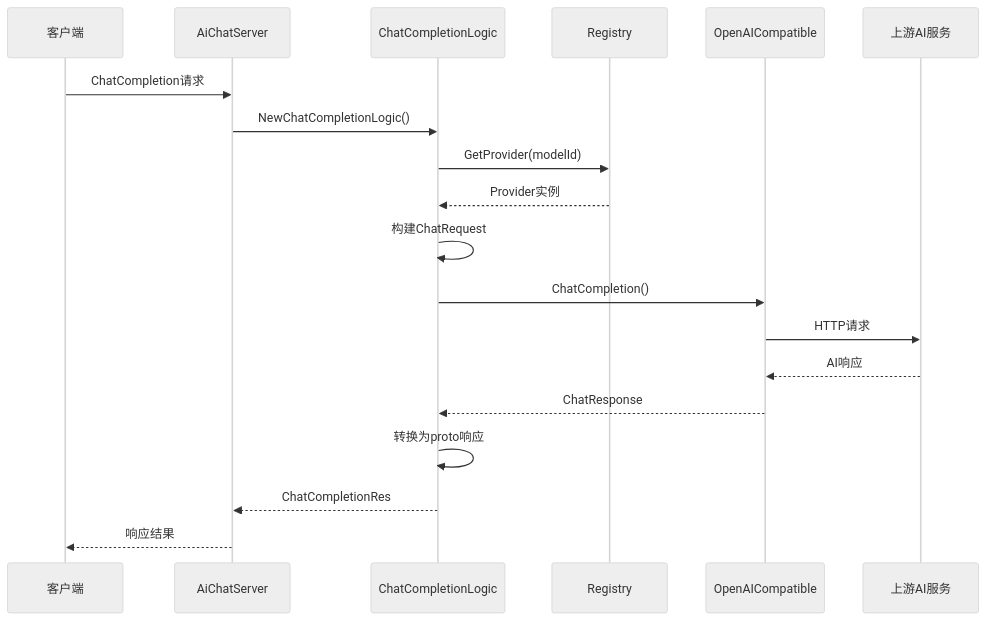
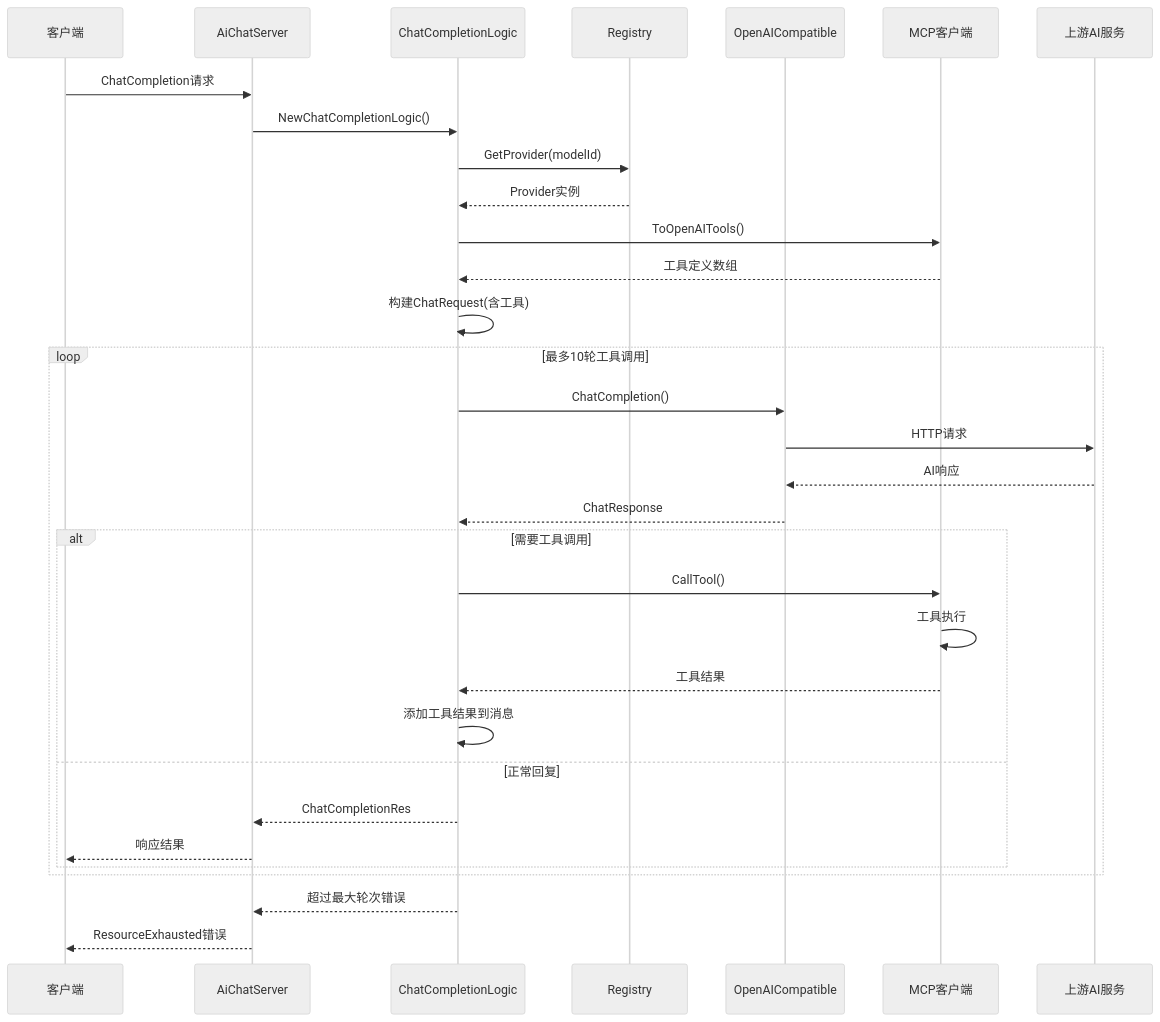
Before and after one commit to maomao94/zero-service: the fourth of 8 diagrams in .qoder/repowiki/zh/content/核心服务详解/AI聊天服务.md, drawn with Mermaid (neutral theme). The commit also changed other lines of this file and 8 other files, not shown here.

````diff
--- a/.qoder/repowiki/zh/content/核心服务详解/AI聊天服务.md
+++ b/.qoder/repowiki/zh/content/核心服务详解/AI聊天服务.md
@@ -248,21 +307,34 @@
 ```mermaid
 sequenceDiagram
 participant Client as 客户端
 participant Server as AiChatServer
 participant Logic as ChatCompletionLogic
 participant Registry as Registry
 participant Provider as OpenAICompatible
+participant McpClient as MCP客户端
 participant Upstream as 上游AI服务
 Client->>Server : ChatCompletion请求
 Server->>Logic : NewChatCompletionLogic()
 Logic->>Registry : GetProvider(modelId)
 Registry-->>Logic : Provider实例
-Logic->>Logic : 构建ChatRequest
+Logic->>McpClient : ToOpenAITools()
+McpClient-->>Logic : 工具定义数组
+Logic->>Logic : 构建ChatRequest(含工具)
+loop 最多10轮工具调用
 Logic->>Provider : ChatCompletion()
 Provider->>Upstream : HTTP请求
 Upstream-->>Provider : AI响应
 Provider-->>Logic : ChatResponse
-Logic->>Logic : 转换为proto响应
+alt 需要工具调用
+Logic->>McpClient : CallTool()
+McpClient->>McpClient : 工具执行
+McpClient-->>Logic : 工具结果
+Logic->>Logic : 添加工具结果到消息
+else 正常回复
 Logic-->>Server : ChatCompletionRes
 Server-->>Client : 响应结果
+end
+end
+Logic-->>Server : 超过最大轮次错误
+Server-->>Client : ResourceExhausted错误
 ```
````
